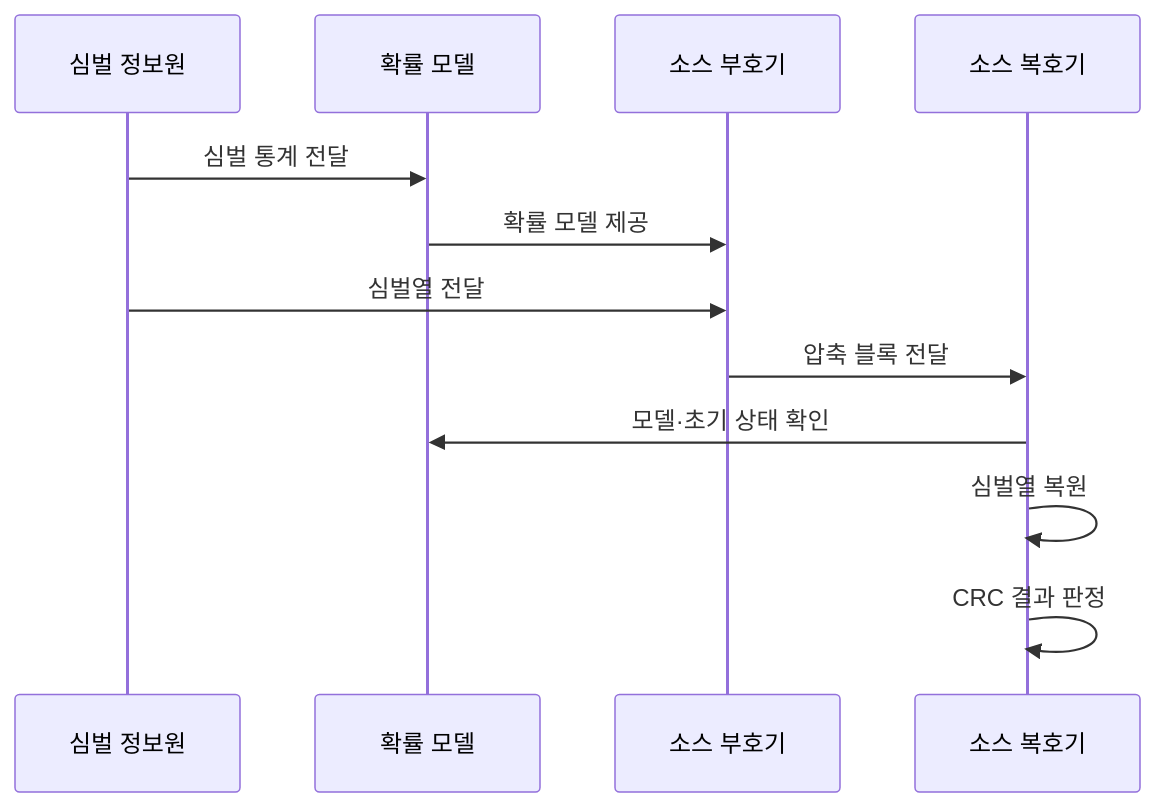
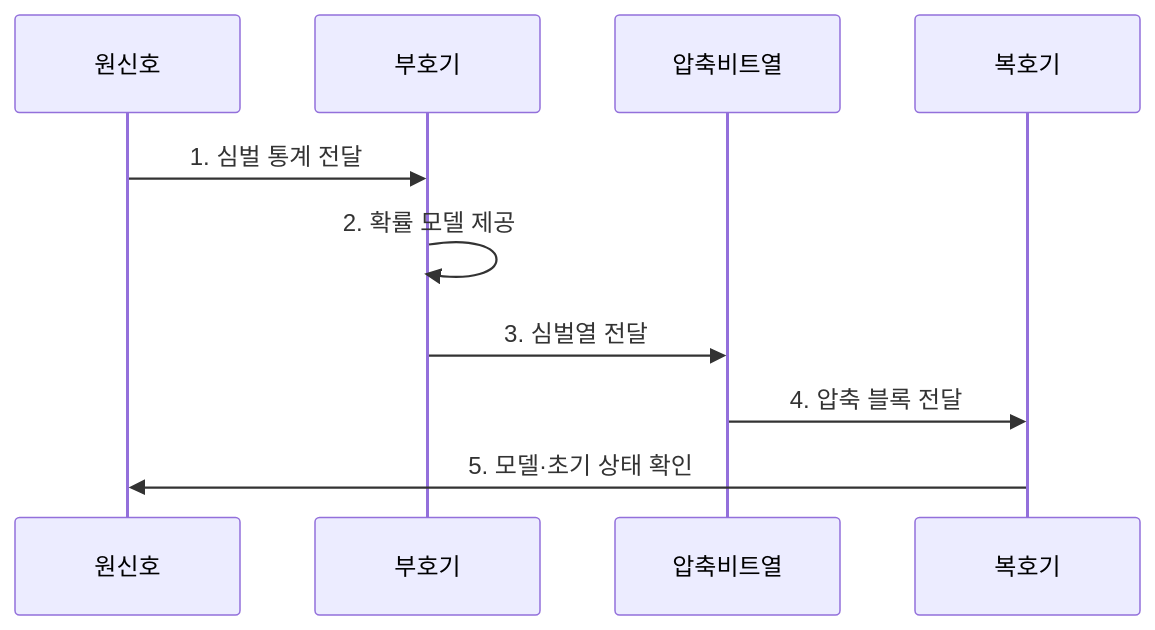
One commit to agnusdei1207/knowledge-base changed the second of 2 diagrams in src/content/docs/notes/04-network/064_source_coding.md. Above: the diagram before and after it, drawn with Mermaid. The commit also changed other lines of this file and 20 other files, not shown here.

````diff
--- a/src/content/docs/notes/04-network/064_source_coding.md
+++ b/src/content/docs/notes/04-network/064_source_coding.md
@@ -87,14 +80,12 @@
 ```mermaid
 sequenceDiagram
-    participant S as 심벌 정보원
-    participant M as 확률 모델
-    participant E as 소스 부호기
-    participant D as 소스 복호기
-    S->>M: 심벌 통계 전달
-    M->>E: 확률 모델 제공
-    S->>E: 심벌열 전달
-    E->>D: 압축 블록 전달
-    D->>M: 모델·초기 상태 확인
-    D->>D: 심벌열 복원
-    D->>D: CRC 결과 판정
+    participant 원신호
+    participant 부호기
+    participant 압축비트열
+    participant 복호기
+    원신호->>부호기: 1. 심벌 통계 전달
+    부호기->>부호기: 2. 확률 모델 제공
+    부호기->>압축비트열: 3. 심벌열 전달
+    압축비트열->>복호기: 4. 압축 블록 전달
+    복호기->>원신호: 5. 모델·초기 상태 확인
 ```
````
